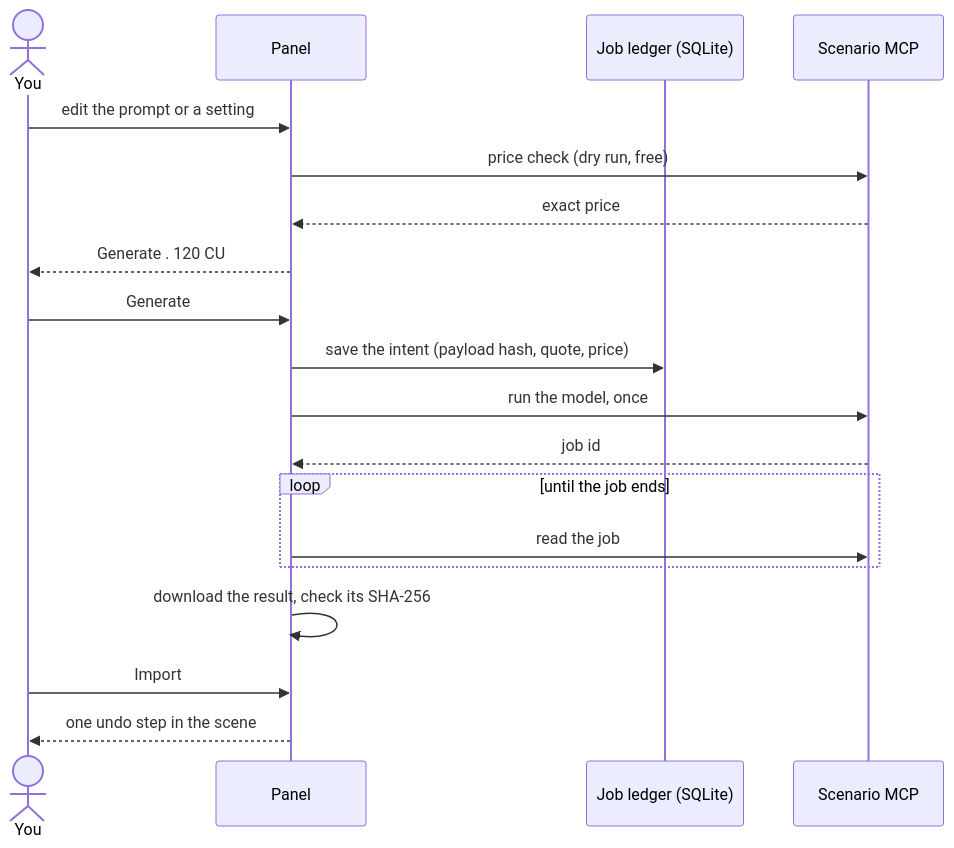
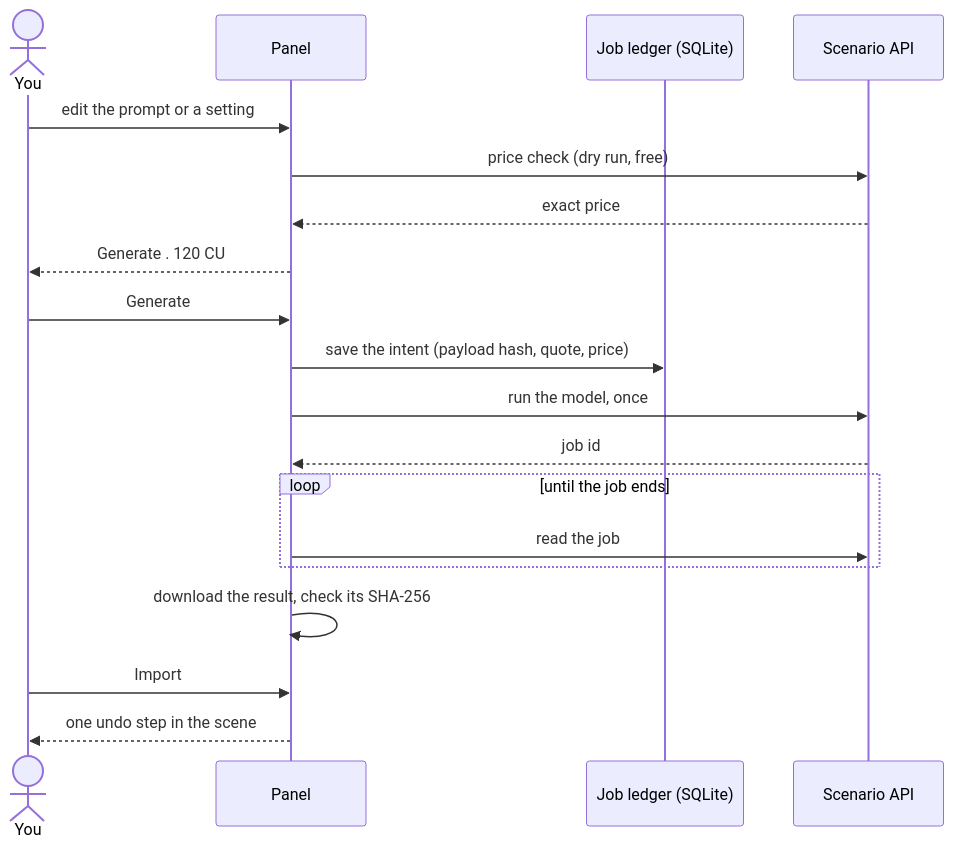
The fourth of 5 diagrams in README.md (scenario-labs/maya-plugin), drawn with Mermaid before and after one commit. The commit also changed other lines of this file and 40 other files, not shown here.

First line of the commit message:
feat(core): call Scenario's REST API through its Python SDK (#16)

````diff
--- a/README.md
+++ b/README.md
@@ -387,21 +387,21 @@
 ```mermaid
 sequenceDiagram
     actor You
     participant Panel
     participant Ledger as Job ledger (SQLite)
-    participant Scenario as Scenario MCP
+    participant Scenario as Scenario API
     You->>Panel: edit the prompt or a setting
     Panel->>Scenario: price check (dry run, free)
     Scenario-->>Panel: exact price
     Panel-->>You: Generate . 120 CU
     You->>Panel: Generate
     Panel->>Ledger: save the intent (payload hash, quote, price)
     Panel->>Scenario: run the model, once
     Scenario-->>Panel: job id
     loop until the job ends
         Panel->>Scenario: read the job
     end
     Panel->>Panel: download the result, check its SHA-256
     You->>Panel: Import
     Panel-->>You: one undo step in the scene
 ```
````
